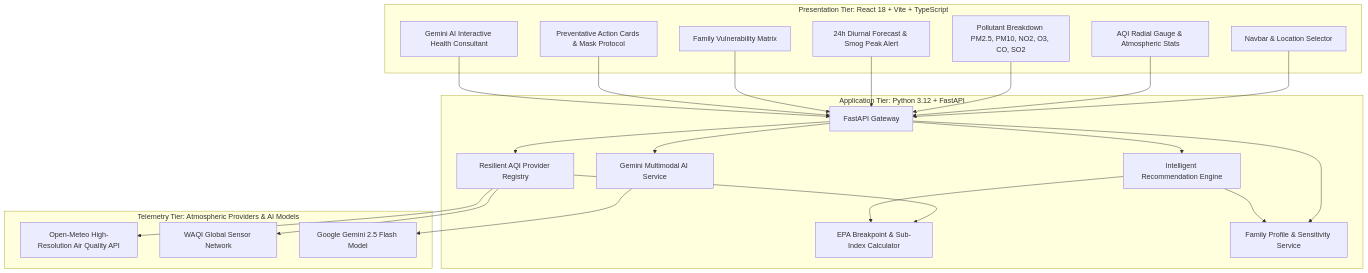
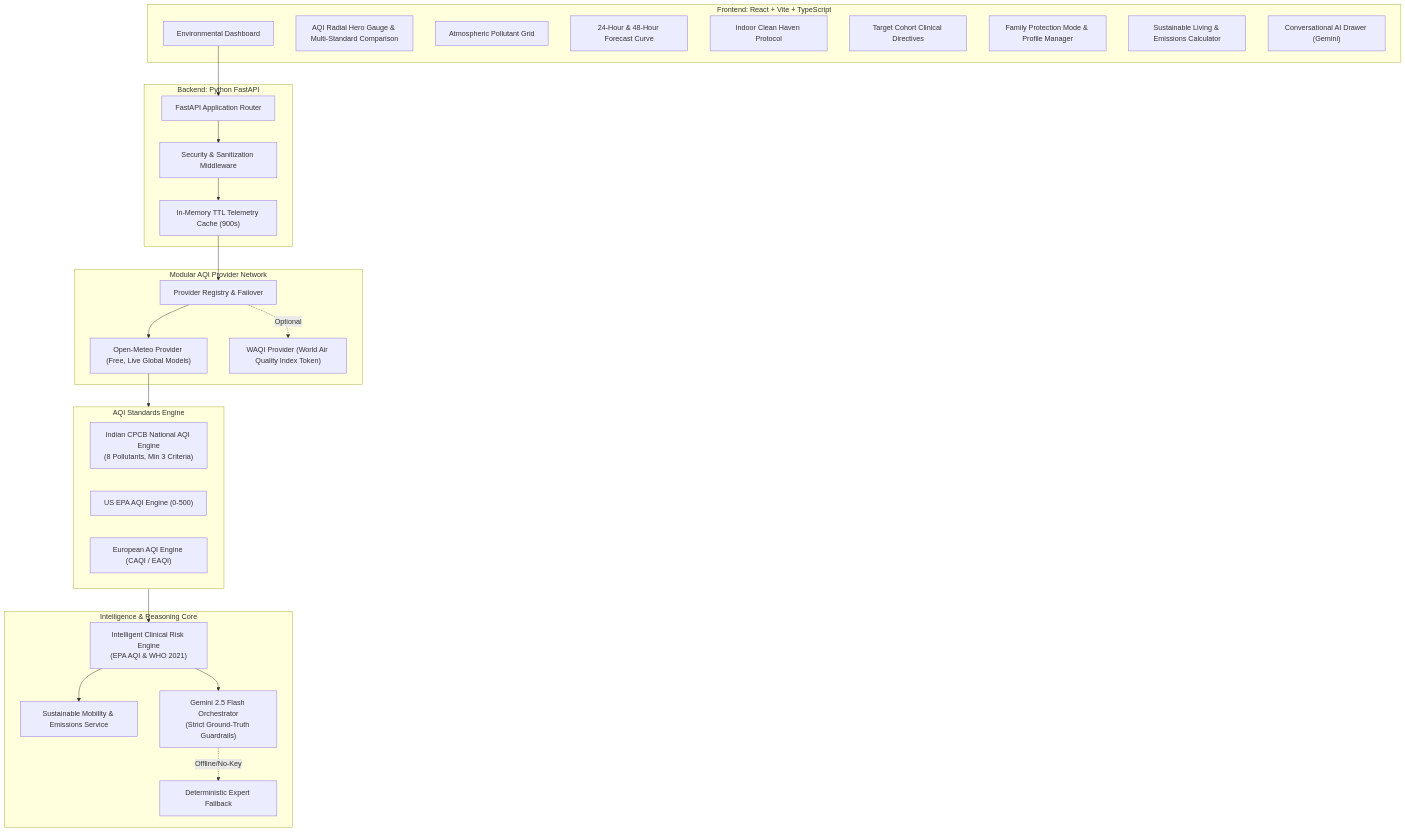
One commit to YogeshReddydev/breathewise-ai changed the diagram in ARCHITECTURE.md. Above: the diagram before and after it, drawn with Mermaid. The commit also changed other lines of this file and 3 other files, not shown here.

Commit message:
docs(release): finalize README, ARCHITECTURE, DEMO_SCRIPT, and EVALUATION_GUIDE for Challenge 6 submission

````diff
--- a/ARCHITECTURE.md
+++ b/ARCHITECTURE.md
@@ -9,47 +7,52 @@
 ```mermaid
-graph TD
-    subgraph Client["Presentation Tier: React 18 + Vite + TypeScript"]
-        A[Navbar & Location Selector]
-        B[AQI Radial Gauge & Atmospheric Stats]
-        C[Pollutant Breakdown PM2.5, PM10, NO2, O3, CO, SO2]
-        D[24h Diurnal Forecast & Smog Peak Alert]
-        E[Family Vulnerability Matrix]
-        F[Preventative Action Cards & Mask Protocol]
-        G[Gemini AI Interactive Health Consultant]
+flowchart TD
+    subgraph Client ["Frontend: React + Vite + TypeScript"]
+        UI["Environmental Dashboard"]
+        Hero["AQI Radial Hero Gauge & Multi-Standard Comparison"]
+        Matrix["Atmospheric Pollutant Grid"]
+        Timeline["24-Hour & 48-Hour Forecast Curve"]
+        Haven["Indoor Clean Haven Protocol"]
+        Cohorts["Target Cohort Clinical Directives"]
+        FamilyUI["Family Protection Mode & Profile Manager"]
+        SustainUI["Sustainable Living & Emissions Calculator"]
+        ChatUI["Conversational AI Drawer (Gemini)"]
     end
 
-    subgraph Server["Application Tier: Python 3.12 + FastAPI"]
-        API[FastAPI Gateway]
-        Reg[Resilient AQI Provider Registry]
-        Calc[EPA Breakpoint & Sub-Index Calculator]
-        Rec[Intelligent Recommendation Engine]
-        Gem[Gemini Multimodal AI Service]
-        Fam[Family Profile & Sensitivity Service]
+    subgraph API ["Backend: Python FastAPI"]
+        Router["FastAPI Application Router"]
+        Security["Security & Sanitization Middleware"]
+        Cache["In-Memory TTL Telemetry Cache (900s)"]
     end
 
-    subgraph DataSources["Telemetry Tier: Atmospheric Providers & AI Models"]
-        OM[Open-Meteo High-Resolution Air Quality API]
-        WAQI[WAQI Global Sensor Network]
-        GAPI[Google Gemini 2.5 Flash Model]
+    subgraph Standards ["AQI Standards Engine"]
+        CPCB["Indian CPCB National AQI Engine\n(8 Pollutants, Min 3 Criteria)"]
+        USEPA["US EPA AQI Engine (0-500)"]
+        EAQI["European AQI Engine (CAQI / EAQI)"]
     end
 
-    A --> API
-    B --> API
-    C --> API
-    D --> API
-    E --> API
-    F --> API
-    G --> API
+    subgraph Providers ["Modular AQI Provider Network"]
+        Registry["Provider Registry & Failover"]
+        OpenMeteo["Open-Meteo Provider (Free, Live Global Models)"]
+        WAQI["WAQI Provider (World Air Quality Index Token)"]
+    end
 
-    API --> Reg
-    API --> Rec
-    API --> Fam
-    API --> Gem
+    subgraph Engines ["Intelligence & Reasoning Core"]
+        RuleEngine["Intelligent Clinical Risk Engine\n(EPA AQI & WHO 2021)"]
+        SustainSvc["Sustainable Mobility & Emissions Service"]
+        GeminiSvc["Gemini 2.5 Flash Orchestrator\n(Strict Ground-Truth Guardrails)"]
+        Fallback["Deterministic Expert Fallback"]
+    end
 
-    Reg --> Calc
-    Reg --> OM
-    Reg --> WAQI
-    Rec --> Calc
-    Rec --> Fam
-    Gem --> GAPI
+    UI --> Router
+    Router --> Security
+    Security --> Cache
+    Cache --> Registry
+    Registry --> OpenMeteo
+    Registry -. Optional .-> WAQI
+
+    OpenMeteo --> Standards
+    Standards --> RuleEngine
+    RuleEngine --> SustainSvc
+    RuleEngine --> GeminiSvc
+    GeminiSvc -. Offline/No-Key .-> Fallback
 ```
````
